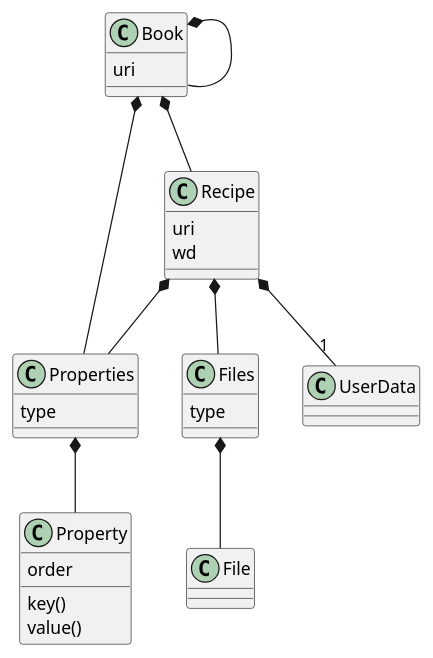
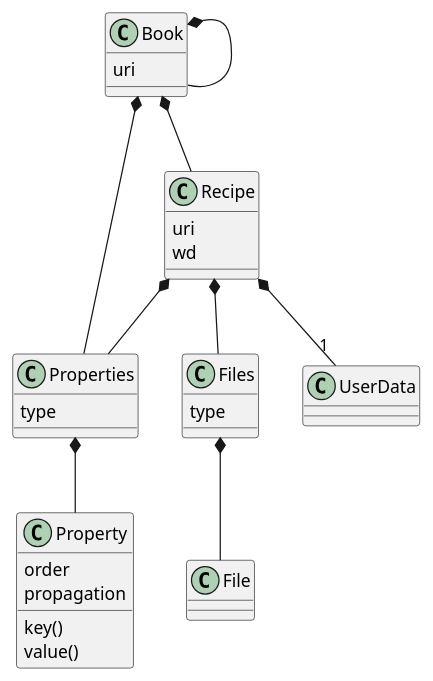
One commit to decode-it/cook changed the diagram in doc/design/src/model/model.puml. Above: the diagram before and after it, drawn with PlantUML.

```diff
--- a/doc/design/src/model/model.puml
+++ b/doc/design/src/model/model.puml
@@ -1,31 +1,32 @@
 @startuml
 class Book
 class Recipe
 class Properties
 class Property
 class Files
 class File
 class UserData
 
 Book *-- Book
 Book *-- Recipe
 Book *-- Properties
 Book : uri
 
 Recipe *-- Files
 Recipe *-- Properties
 Recipe *-- "1" UserData
 Recipe : uri
 Recipe : wd
 
 Properties *-- Property
 Properties : type
 
-Property : order
 Property : key()
 Property : value()
+Property : order
+Property : propagation
 
 Files *-- File
 Files : type
 
 @enduml
```
